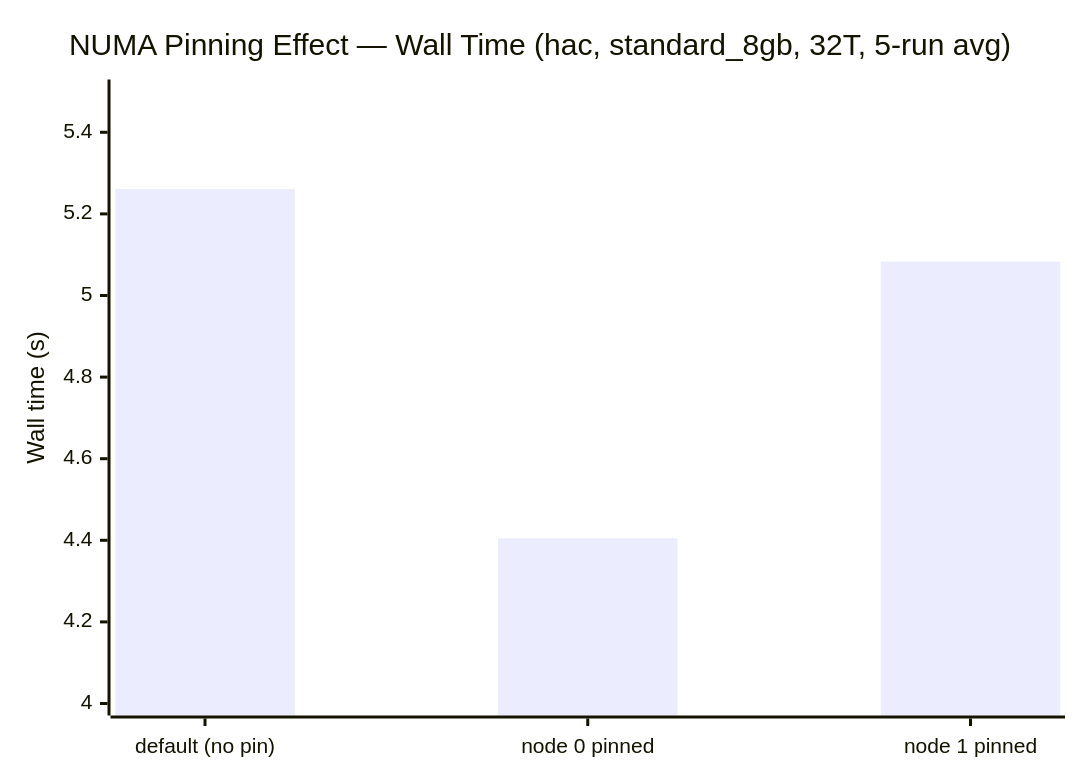
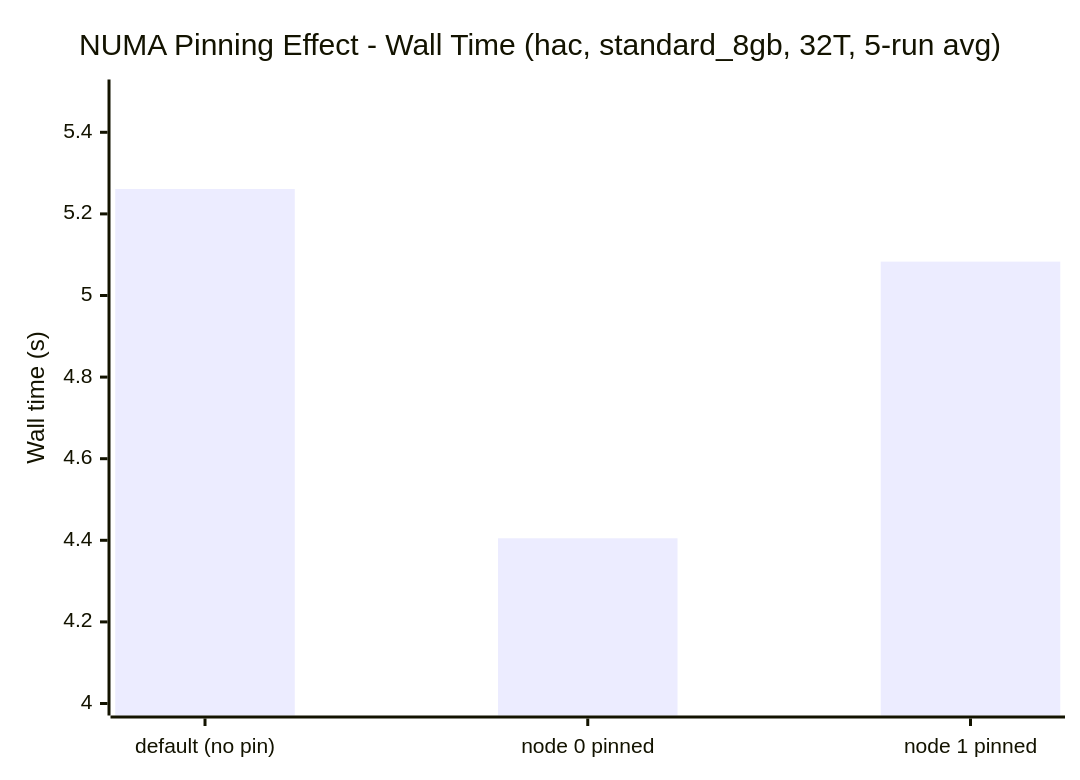
Diagram 12 of 26 in README.md (KathpaliaChirag/Nanopore-project), drawn with Mermaid before and after one commit. The commit also changed other lines of this file and 4 other files, not shown here.

````diff
--- a/README.md
+++ b/README.md
@@ -458,7 +493,7 @@
 ```mermaid
 xychart-beta
-    title "NUMA Pinning Effect — Wall Time (hac, standard_8gb, 32T, 5-run avg)"
+    title "NUMA Pinning Effect - Wall Time (hac, standard_8gb, 32T, 5-run avg)"
     x-axis ["default (no pin)", "node 0 pinned", "node 1 pinned"]
     y-axis "Wall time (s)" 4.0 --> 5.5
     bar [5.261, 4.405, 5.083]
 ```
````
